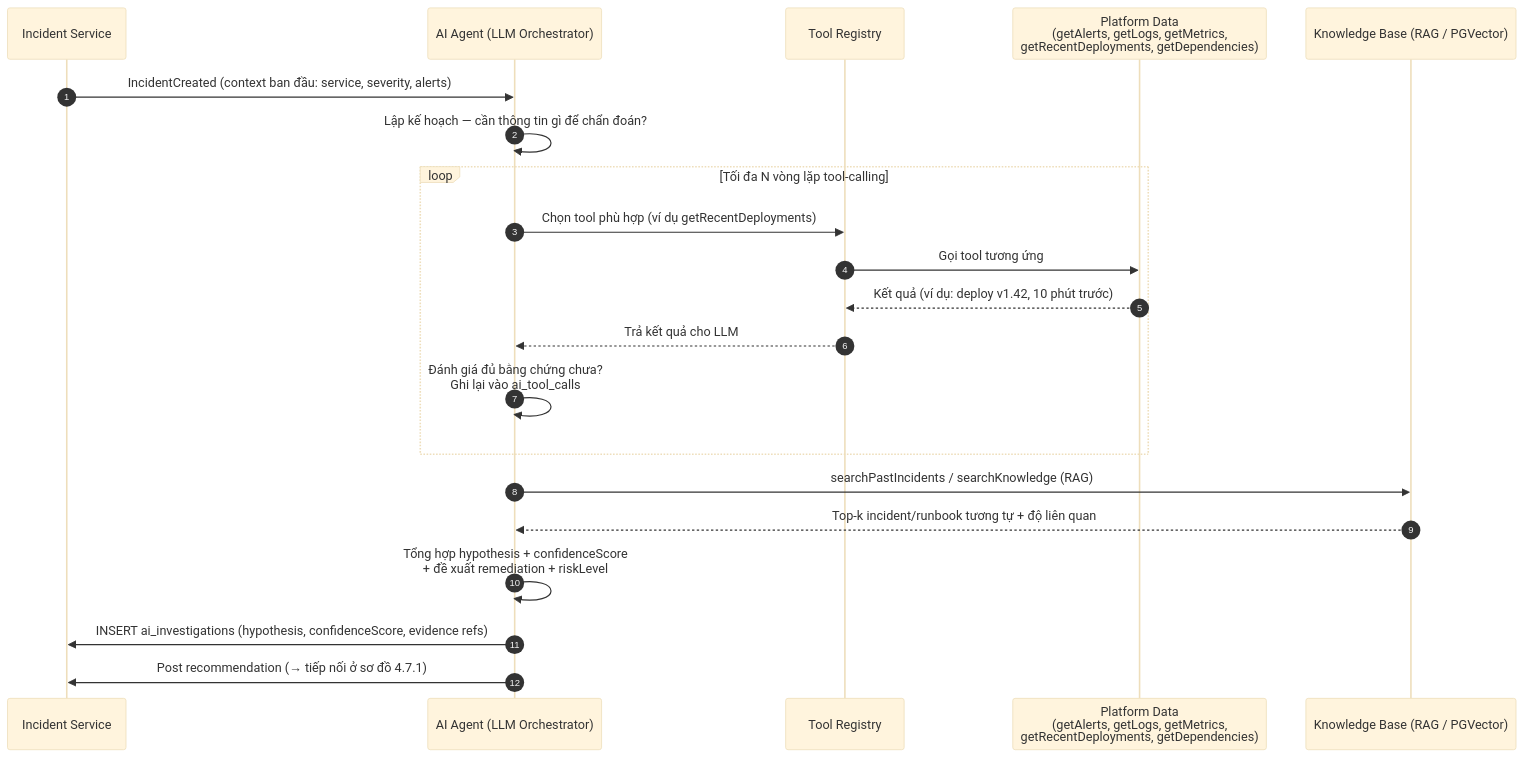
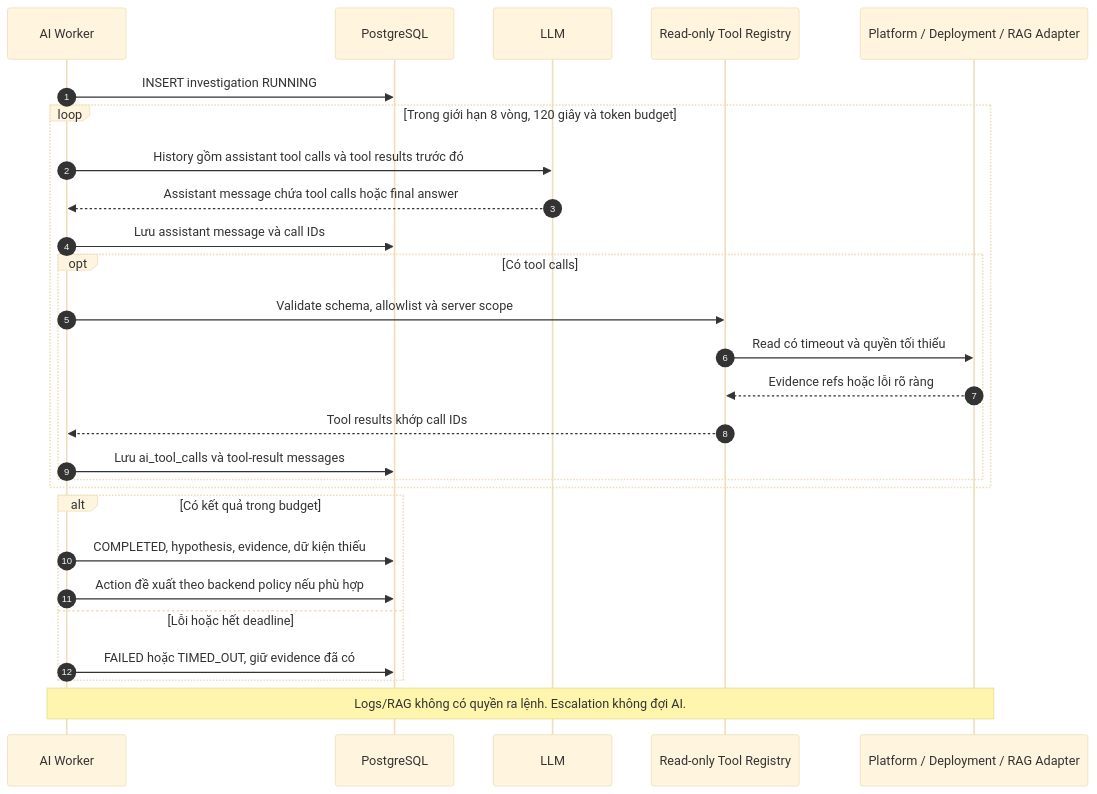
Diagram 13 of 16 in README.md (NguyenBao0305/Intelligent-Incident-Reliability-Operations-Platform), drawn with Mermaid (base theme) before and after one commit. The commit also changed other lines of this file, not shown here.

````diff
--- a/README.md
+++ b/README.md
@@ -1043,27 +939,29 @@
 ```mermaid
 sequenceDiagram
     autonumber
-    participant INC as Incident Service
-    participant AGENT as AI Agent (LLM Orchestrator)
-    participant TOOLS as Tool Registry
-    participant DATA as Platform Data<br/>(getAlerts, getLogs, getMetrics,<br/>getRecentDeployments, getDependencies)
-    participant KB as Knowledge Base (RAG / PGVector)
-
-    INC->>AGENT: IncidentCreated (context ban đầu: service, severity, alerts)
-    AGENT->>AGENT: Lập kế hoạch — cần thông tin gì để chẩn đoán?
-
-    loop Tối đa N vòng lặp tool-calling
-        AGENT->>TOOLS: Chọn tool phù hợp (ví dụ getRecentDeployments)
-        TOOLS->>DATA: Gọi tool tương ứng
-        DATA-->>TOOLS: Kết quả (ví dụ: deploy v1.42, 10 phút trước)
-        TOOLS-->>AGENT: Trả kết quả cho LLM
-        AGENT->>AGENT: Đánh giá đủ bằng chứng chưa?<br/>Ghi lại vào ai_tool_calls
+    participant W as AI Worker
+    participant DB as PostgreSQL
+    participant L as LLM
+    participant T as Read-only Tool Registry
+    participant D as Platform / Deployment / RAG Adapter
+    W->>DB: INSERT investigation RUNNING
+    loop Trong giới hạn 8 vòng, 120 giây và token budget
+        W->>L: History gồm assistant tool calls và tool results trước đó
+        L-->>W: Assistant message chứa tool calls hoặc final answer
+        W->>DB: Lưu assistant message và call IDs
+        opt Có tool calls
+            W->>T: Validate schema, allowlist và server scope
+            T->>D: Read có timeout và quyền tối thiểu
+            D-->>T: Evidence refs hoặc lỗi rõ ràng
+            T-->>W: Tool results khớp call IDs
+            W->>DB: Lưu ai_tool_calls và tool-result messages
+        end
     end
-
-    AGENT->>KB: searchPastIncidents / searchKnowledge (RAG)
-    KB-->>AGENT: Top-k incident/runbook tương tự + độ liên quan
-
-    AGENT->>AGENT: Tổng hợp hypothesis + confidenceScore<br/>+ đề xuất remediation + riskLevel
-    AGENT->>INC: INSERT ai_investigations (hypothesis, confidenceScore, evidence refs)
-    AGENT->>INC: Post recommendation (→ tiếp nối ở sơ đồ 4.7.1)
+    alt Có kết quả trong budget
+        W->>DB: COMPLETED, hypothesis, evidence, dữ kiện thiếu
+        W->>DB: Action đề xuất theo backend policy nếu phù hợp
+    else Lỗi hoặc hết deadline
+        W->>DB: FAILED hoặc TIMED_OUT, giữ evidence đã có
+    end
+    Note over W,D: Logs/RAG không có quyền ra lệnh. Escalation không đợi AI.
 ```
````
